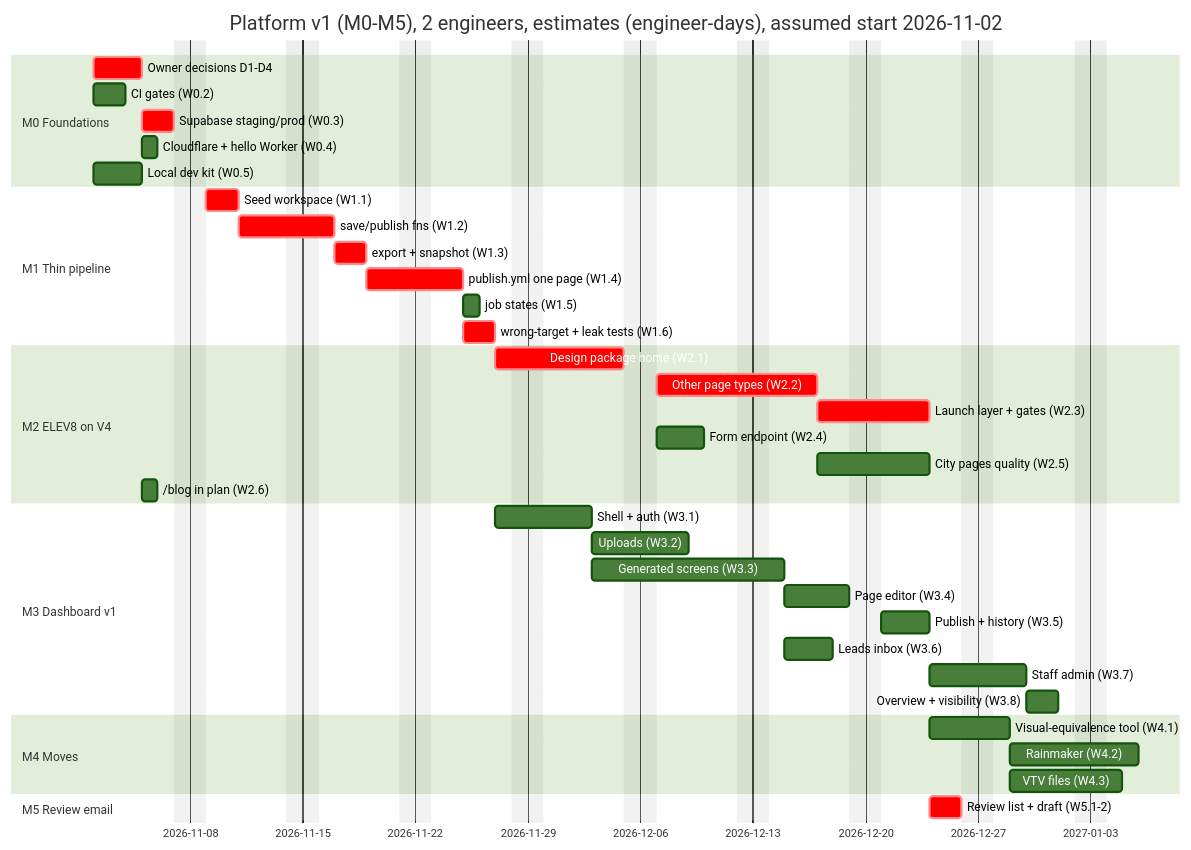
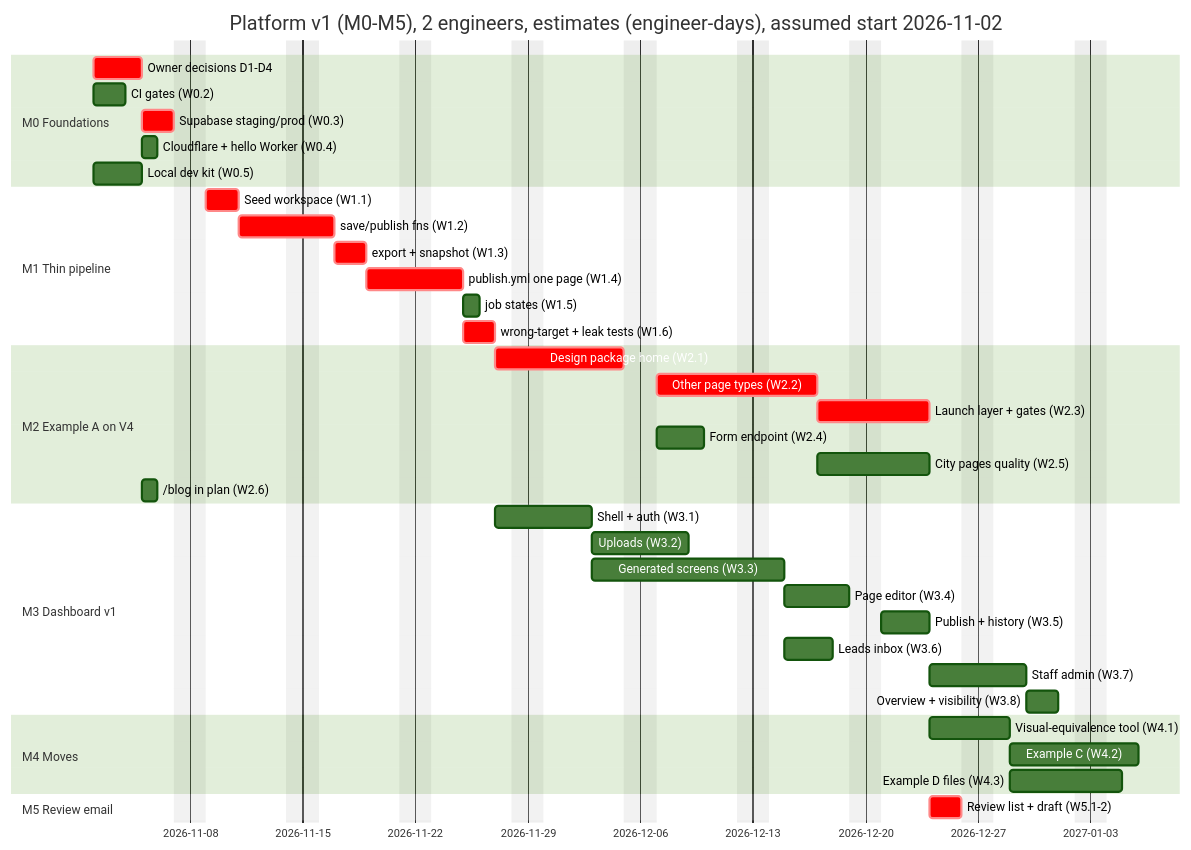
Before and after one commit to Omnikom-platform/omnikom-platform: the diagram in docs/blueprint/diagrams/13-plan.mmd, drawn with Mermaid (forest theme). The commit also changed 72 other files, not shown here.

```diff
--- a/docs/blueprint/diagrams/13-plan.mmd
+++ b/docs/blueprint/diagrams/13-plan.mmd
@@ -1,39 +1,39 @@
 gantt
   title Platform v1 (M0-M5), 2 engineers, estimates (engineer-days), assumed start 2026-11-02
   dateFormat YYYY-MM-DD
   excludes weekends
   section M0 Foundations
   Owner decisions D1-D4           :crit, d0, 2026-11-02, 3d
   CI gates (W0.2)                 :w02, 2026-11-02, 2d
   Supabase staging/prod (W0.3)    :crit, w03, after d0, 2d
   Cloudflare + hello Worker (W0.4):w04, after d0, 1d
   Local dev kit (W0.5)            :w05, 2026-11-02, 3d
   section M1 Thin pipeline
   Seed workspace (W1.1)           :crit, w11, after w03, 2d
   save/publish fns (W1.2)         :crit, w12, after w11, 4d
   export + snapshot (W1.3)       :crit, w13, after w12, 2d
   publish.yml one page (W1.4)     :crit, w14, after w13, 4d
   job states (W1.5)               :w15, after w14, 1d
   wrong-target + leak tests (W1.6):crit, w16, after w14, 2d
-  section M2 ELEV8 on V4
+  section M2 Example A on V4
   Design package home (W2.1)      :crit, w21, after w16, 6d
   Other page types (W2.2)         :crit, w22, after w21, 8d
   Launch layer + gates (W2.3)     :crit, w23, after w22, 5d
   Form endpoint (W2.4)            :w24, after w21, 3d
   City pages quality (W2.5)       :w25, after w22, 5d
   /blog in plan (W2.6)            :w26, after d0, 1d
   section M3 Dashboard v1
   Shell + auth (W3.1)             :w31, after w16, 4d
   Uploads (W3.2)                  :w32, after w31, 4d
   Generated screens (W3.3)        :w33, after w31, 8d
   Page editor (W3.4)              :w34, after w33, 4d
   Publish + history (W3.5)        :w35, after w34, 3d
   Leads inbox (W3.6)              :w36, after w33, 3d
   Staff admin (W3.7)              :w37, after w35, 4d
   Overview + visibility (W3.8)    :w38, after w37, 2d
   section M4 Moves
   Visual-equivalence tool (W4.1)  :w41, after w23, 3d
-  Rainmaker (W4.2)                :w42, after w41, 6d
-  VTV files (W4.3)                :w43, after w41, 5d
+  Example C (W4.2)                :w42, after w41, 6d
+  Example D files (W4.3)                :w43, after w41, 5d
   section M5 Review email
   Review list + draft (W5.1-2)    :crit, w51, after w23, 2d
```
